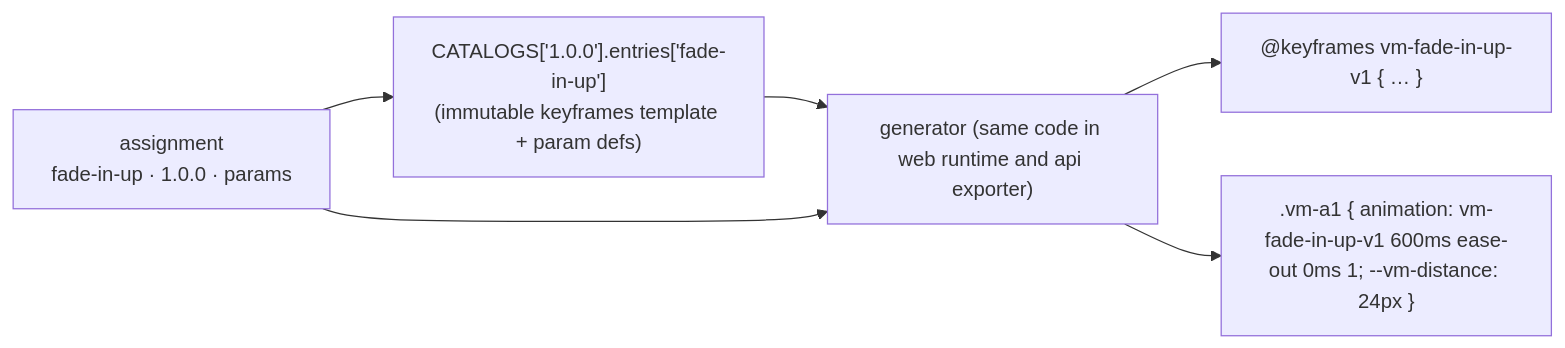
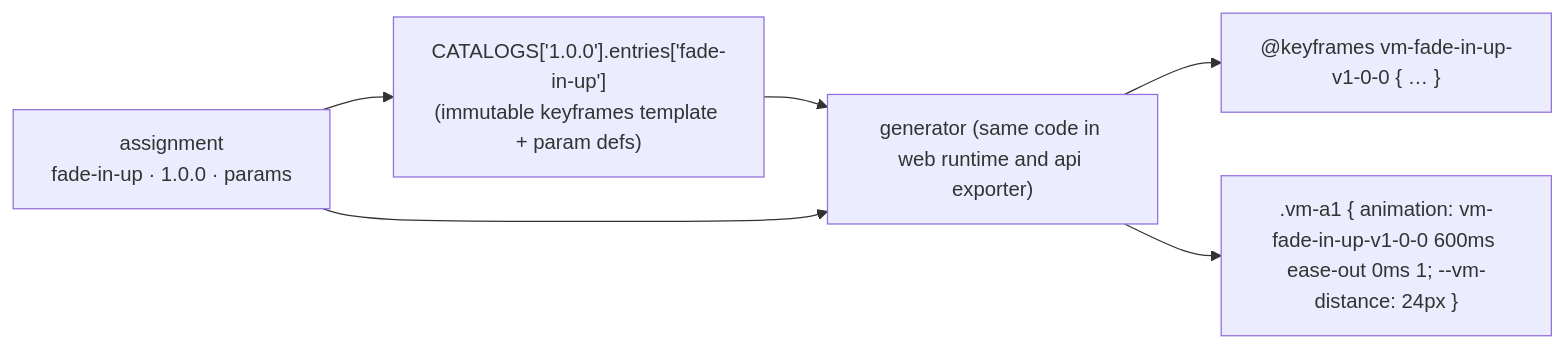
Before and after one commit to ludaxkris/vibe_motion: the ninth of 12 diagrams in docs/architecture.md, drawn with Mermaid. The commit also changed 16 other files, not shown here.

````diff
--- a/docs/architecture.md
+++ b/docs/architecture.md
@@ -250,8 +250,8 @@
 ```mermaid
 flowchart LR
   a["assignment<br/>fade-in-up · 1.0.0 · params"] --> lookup["CATALOGS['1.0.0'].entries['fade-in-up']<br/>(immutable keyframes template + param defs)"]
   lookup --> gen["generator (same code in web runtime and api exporter)"]
   a --> gen
-  gen --> kf["@keyframes vm-fade-in-up-v1 { … }"]
-  gen --> rule[".vm-a1 { animation: vm-fade-in-up-v1 600ms ease-out 0ms 1; --vm-distance: 24px }"]
+  gen --> kf["@keyframes vm-fade-in-up-v1-0-0 { … }"]
+  gen --> rule[".vm-a1 { animation: vm-fade-in-up-v1-0-0 600ms ease-out 0ms 1; --vm-distance: 24px }"]
 ```
````
